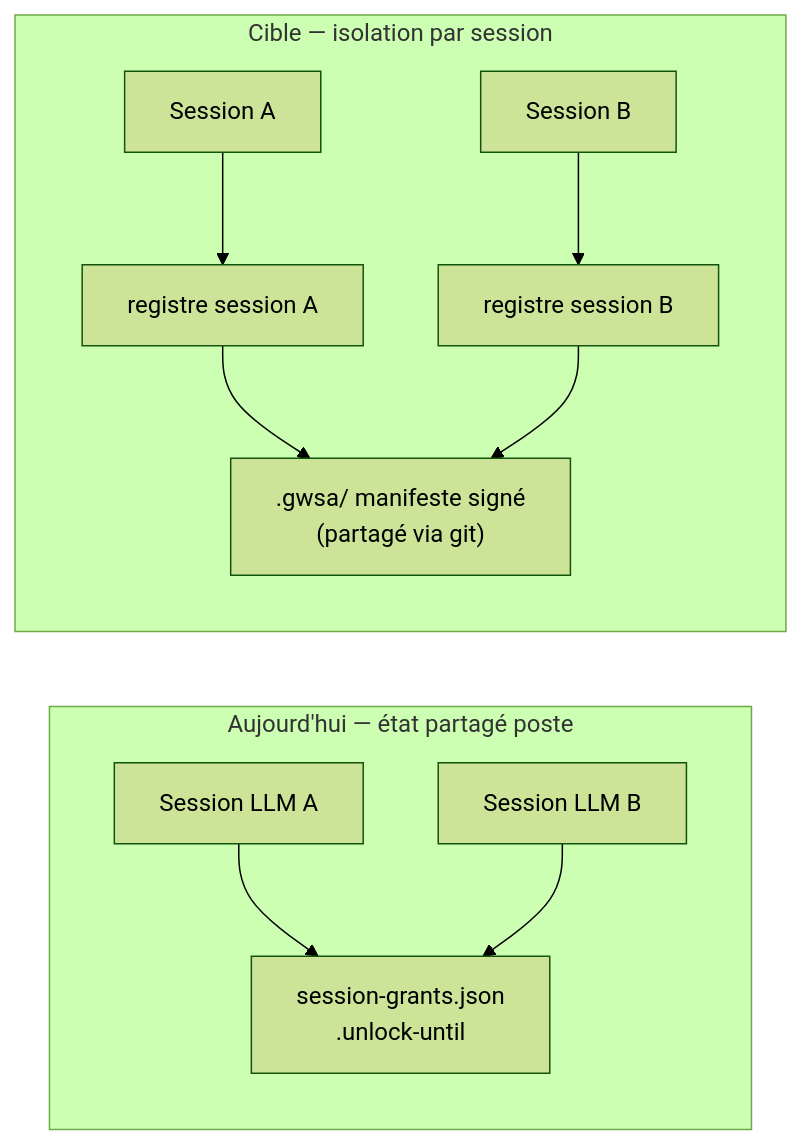
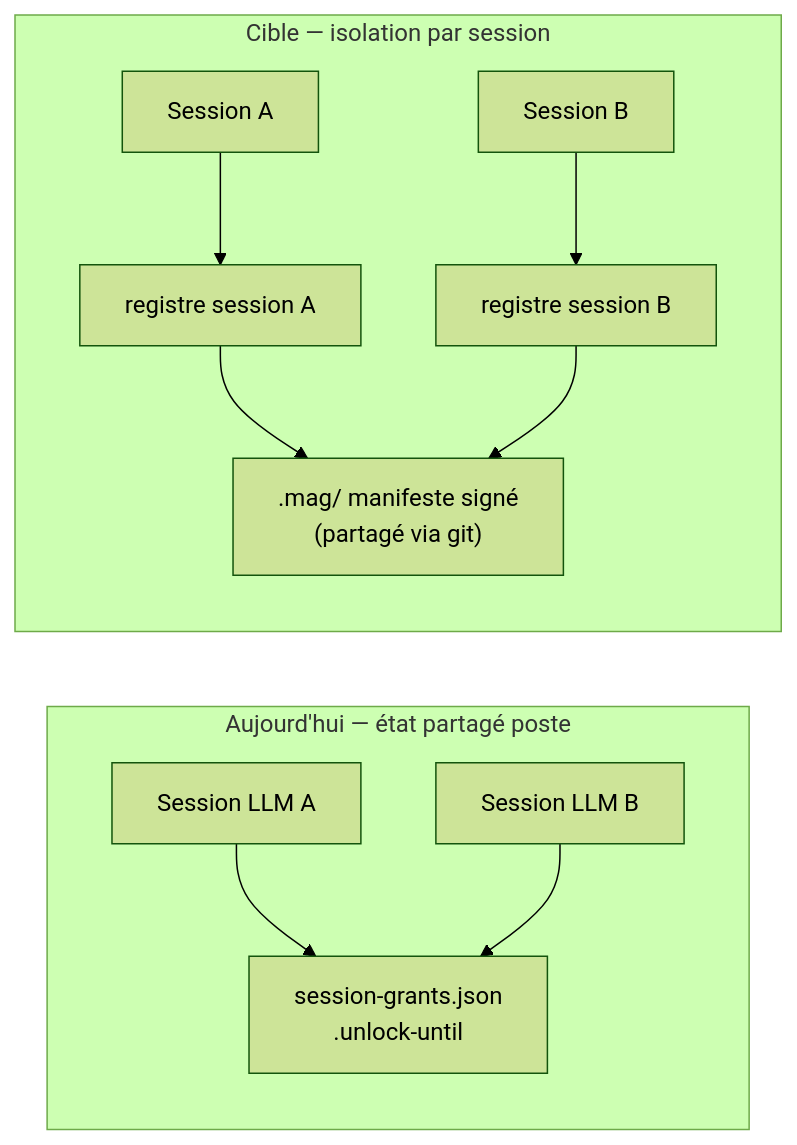
One commit to elzinko/google-mcp-multi-account changed the fourth of 7 diagrams in features/0045-capacites-projet-signees.md. Above: the diagram before and after it, drawn with Mermaid (forest theme). The commit also changed other lines of this file and 123 other files, not shown here.

````diff
--- a/features/0045-capacites-projet-signees.md
+++ b/features/0045-capacites-projet-signees.md
@@ -451,22 +451,22 @@
 ```mermaid
 flowchart LR
   subgraph aujourdhui [Aujourd'hui — état partagé poste]
     S1[Session LLM A]
     S2[Session LLM B]
     POOL["session-grants.json\n.unlock-until"]
     S1 --> POOL
     S2 --> POOL
   end
 
   subgraph cible [Cible — isolation par session]
     SA[Session A]
     SB[Session B]
     RA["registre session A"]
     RB["registre session B"]
-    PROJ[".gwsa/ manifeste signé\n(partagé via git)"]
+    PROJ[".mag/ manifeste signé\n(partagé via git)"]
     SA --> RA
     SB --> RB
     RA --> PROJ
     RB --> PROJ
   end
 ```
````
